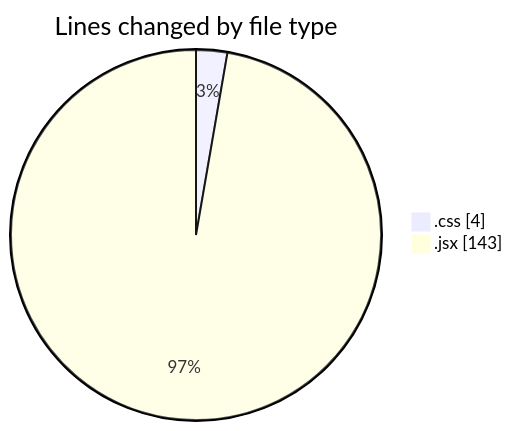
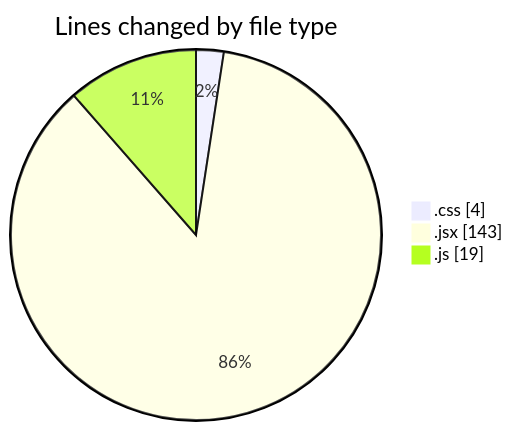
Before and after one commit to Ritupan-Deka/code-tracking: the first of 2 diagrams in 2025-05-21/aiexpensetracker/README.md, drawn with Mermaid. The commit also changed other lines of this file and 1 other file, not shown here.

````diff
--- a/2025-05-21/aiexpensetracker/README.md
+++ b/2025-05-21/aiexpensetracker/README.md
@@ -22,6 +24,7 @@
 ```mermaid
 pie showData
 title Lines changed by file type
 ".css" : 4
 ".jsx" : 143
+".js" : 19
 ```
````
